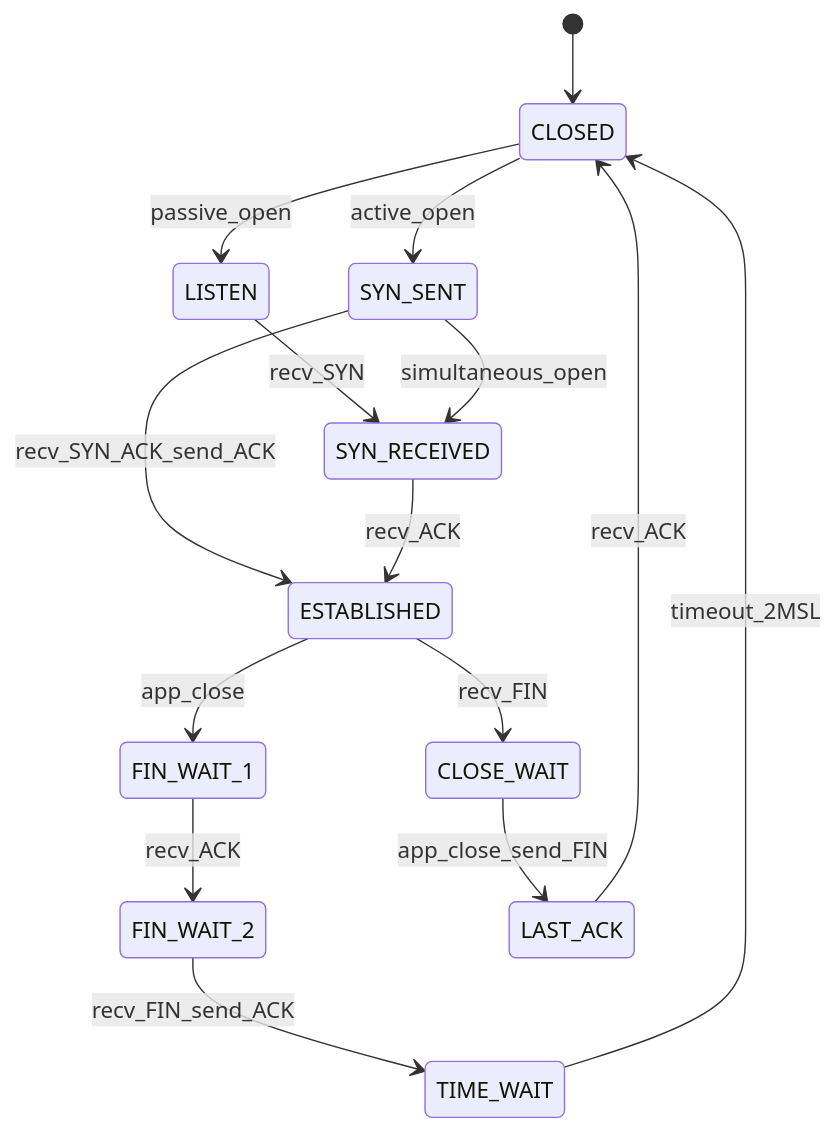
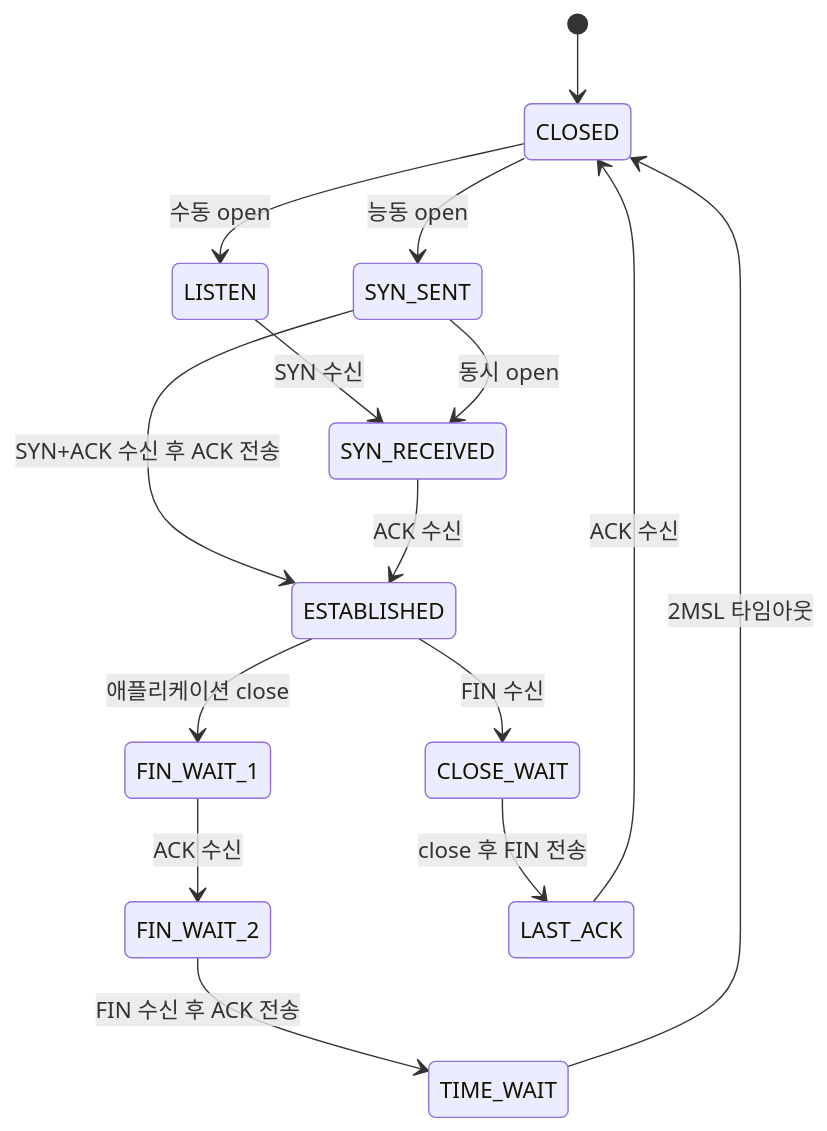
One commit to mandoobox/mandoobox.github.io changed diagram 15 of 39 in _posts/cs-note/2026-02-27-network.md. Above: the diagram before and after it, drawn with Mermaid. The commit also changed other lines of this file and 18 other files, not shown here.

````diff
--- a/_posts/cs-note/2026-02-27-network.md
+++ b/_posts/cs-note/2026-02-27-network.md
@@ -439,23 +439,23 @@
 ```mermaid
 stateDiagram-v2
   [*] --> CLOSED
 
-  CLOSED --> LISTEN: passive_open
-  CLOSED --> SYN_SENT: active_open
+  CLOSED --> LISTEN: 수동 open
+  CLOSED --> SYN_SENT: 능동 open
 
-  LISTEN --> SYN_RECEIVED: recv_SYN
-  SYN_SENT --> SYN_RECEIVED: simultaneous_open
-  SYN_SENT --> ESTABLISHED: recv_SYN_ACK_send_ACK
-  SYN_RECEIVED --> ESTABLISHED: recv_ACK
+  LISTEN --> SYN_RECEIVED: SYN 수신
+  SYN_SENT --> SYN_RECEIVED: 동시 open
+  SYN_SENT --> ESTABLISHED: SYN+ACK 수신 후 ACK 전송
+  SYN_RECEIVED --> ESTABLISHED: ACK 수신
 
-  ESTABLISHED --> FIN_WAIT_1: app_close
-  ESTABLISHED --> CLOSE_WAIT: recv_FIN
+  ESTABLISHED --> FIN_WAIT_1: 애플리케이션 close
+  ESTABLISHED --> CLOSE_WAIT: FIN 수신
 
-  FIN_WAIT_1 --> FIN_WAIT_2: recv_ACK
-  FIN_WAIT_2 --> TIME_WAIT: recv_FIN_send_ACK
+  FIN_WAIT_1 --> FIN_WAIT_2: ACK 수신
+  FIN_WAIT_2 --> TIME_WAIT: FIN 수신 후 ACK 전송
 
-  CLOSE_WAIT --> LAST_ACK: app_close_send_FIN
-  LAST_ACK --> CLOSED: recv_ACK
+  CLOSE_WAIT --> LAST_ACK: close 후 FIN 전송
+  LAST_ACK --> CLOSED: ACK 수신
 
-  TIME_WAIT --> CLOSED: timeout_2MSL
+  TIME_WAIT --> CLOSED: 2MSL 타임아웃
 ```
````
